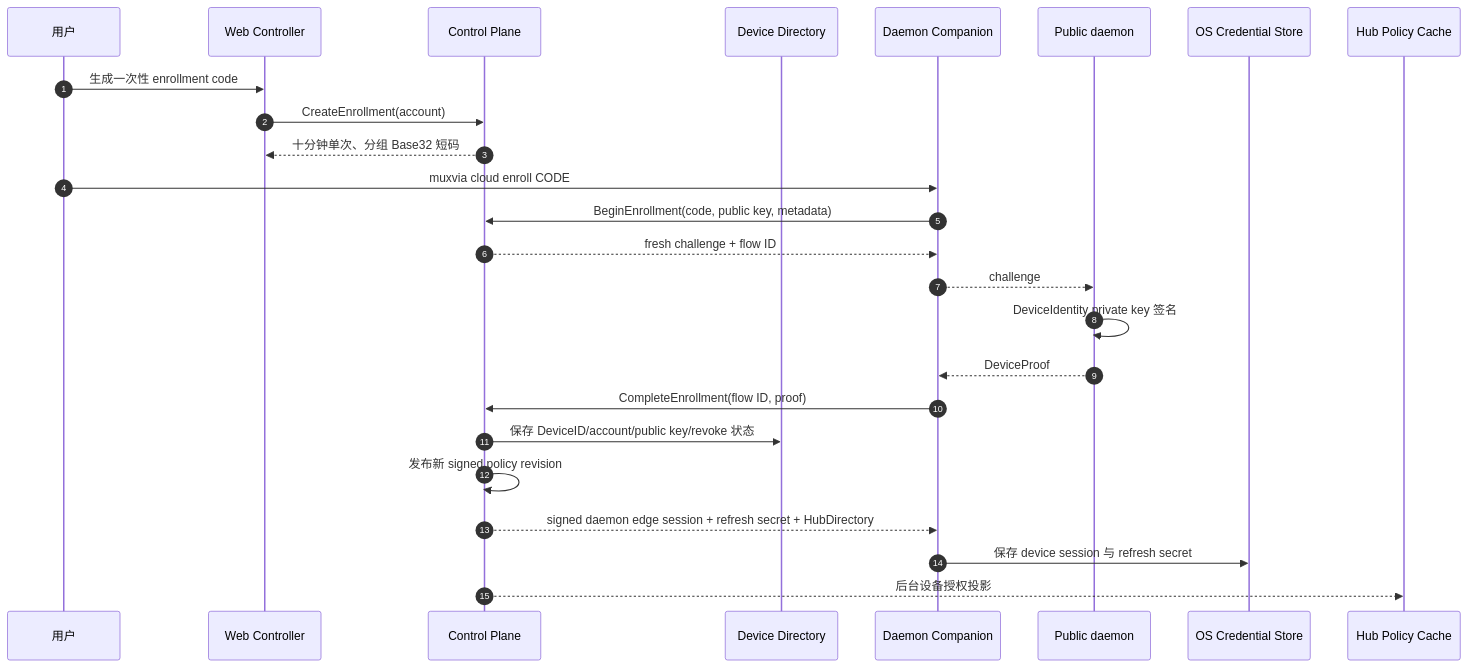
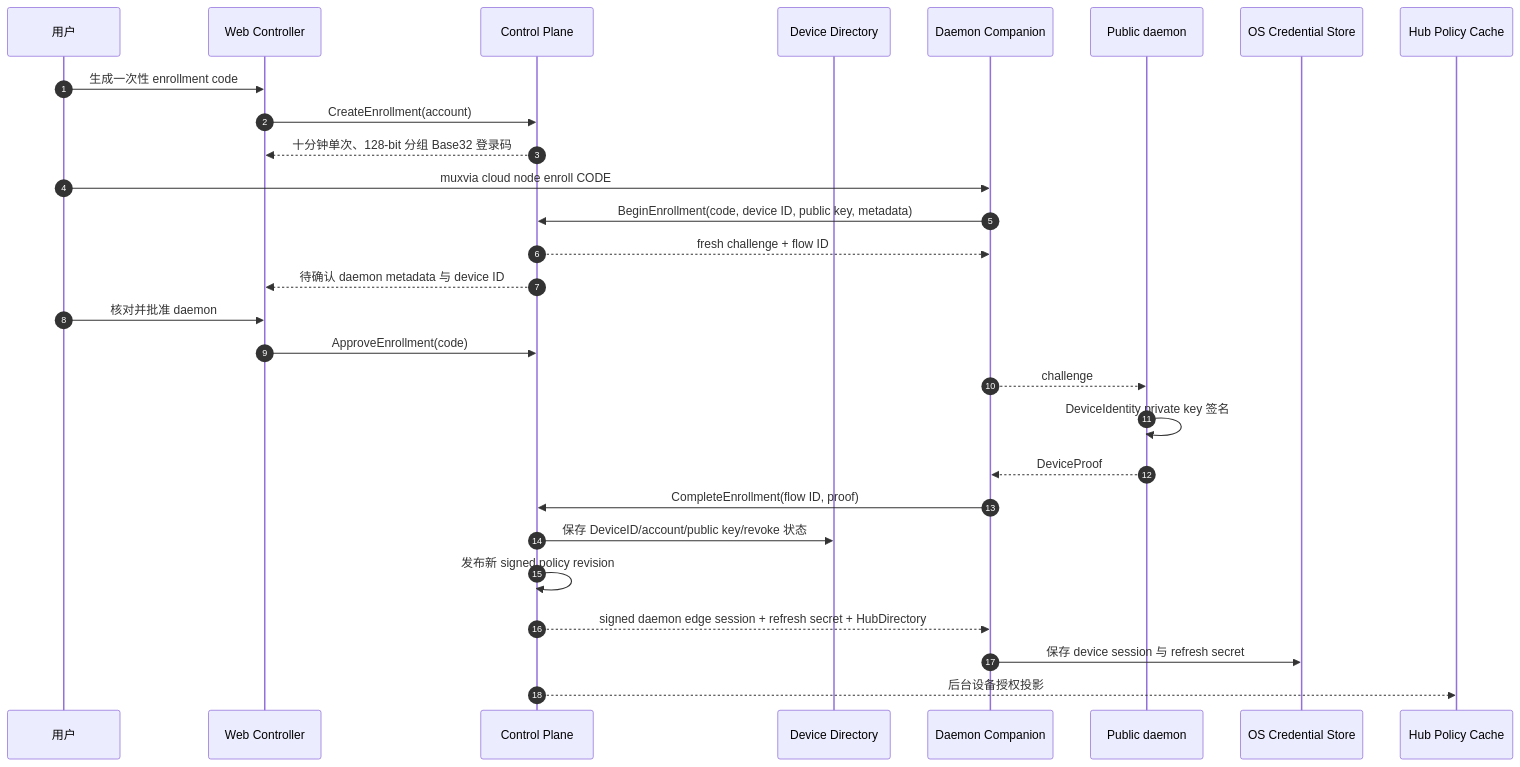
One commit to lozzo/termx changed the third of 10 diagrams in docs/remote-platform/cloud-end-to-end-swimlanes.md. Above: the diagram before and after it, drawn with Mermaid. The commit also changed other lines of this file and 28 other files, not shown here.

````diff
--- a/docs/remote-platform/cloud-end-to-end-swimlanes.md
+++ b/docs/remote-platform/cloud-end-to-end-swimlanes.md
@@ -113,28 +113,31 @@
 ```mermaid
 sequenceDiagram
     autonumber
     participant U as 用户
     participant W as Web Controller
     participant CP as Control Plane
     participant DB as Device Directory
     participant DC as Daemon Companion
     participant D as Public daemon
     participant S as OS Credential Store
     participant H as Hub Policy Cache
 
     U->>W: 生成一次性 enrollment code
     W->>CP: CreateEnrollment(account)
-    CP-->>W: 十分钟单次、分组 Base32 短码
-    U->>DC: muxvia cloud enroll CODE
-    DC->>CP: BeginEnrollment(code, public key, metadata)
+    CP-->>W: 十分钟单次、128-bit 分组 Base32 登录码
+    U->>DC: muxvia cloud node enroll CODE
+    DC->>CP: BeginEnrollment(code, device ID, public key, metadata)
     CP-->>DC: fresh challenge + flow ID
+    CP-->>W: 待确认 daemon metadata 与 device ID
+    U->>W: 核对并批准 daemon
+    W->>CP: ApproveEnrollment(code)
     DC-->>D: challenge
     D->>D: DeviceIdentity private key 签名
     D-->>DC: DeviceProof
     DC->>CP: CompleteEnrollment(flow ID, proof)
     CP->>DB: 保存 DeviceID/account/public key/revoke 状态
     CP->>CP: 发布新 signed policy revision
     CP-->>DC: signed daemon edge session + refresh secret + HubDirectory
     DC->>S: 保存 device session 与 refresh secret
     CP-->>H: 后台设备授权投影
 ```
````
